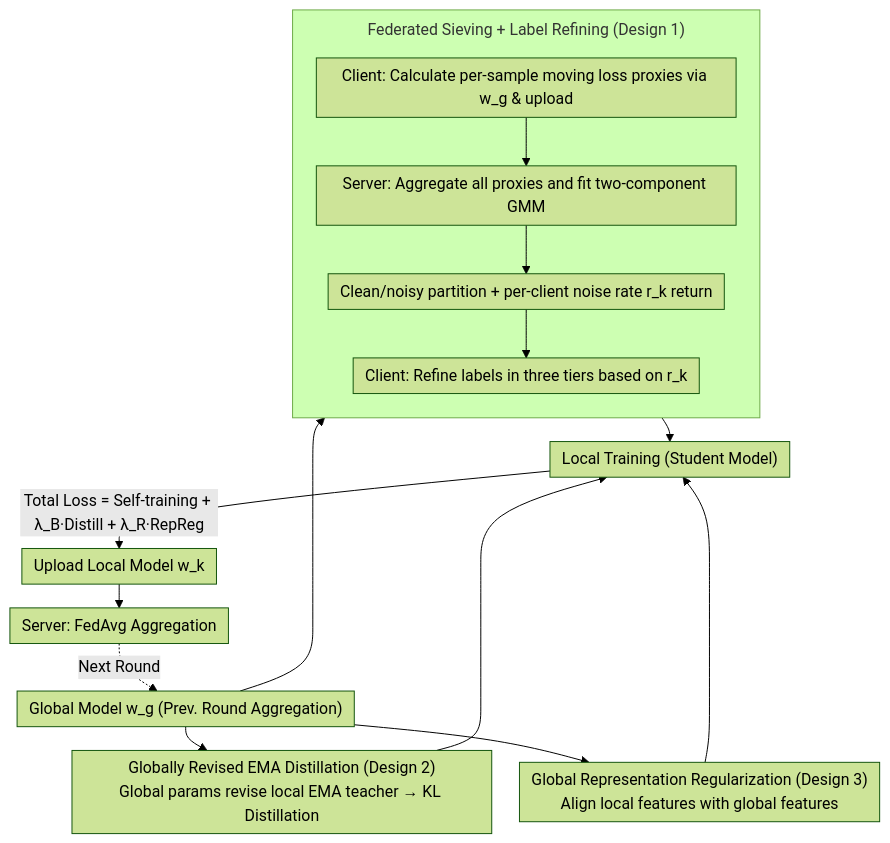
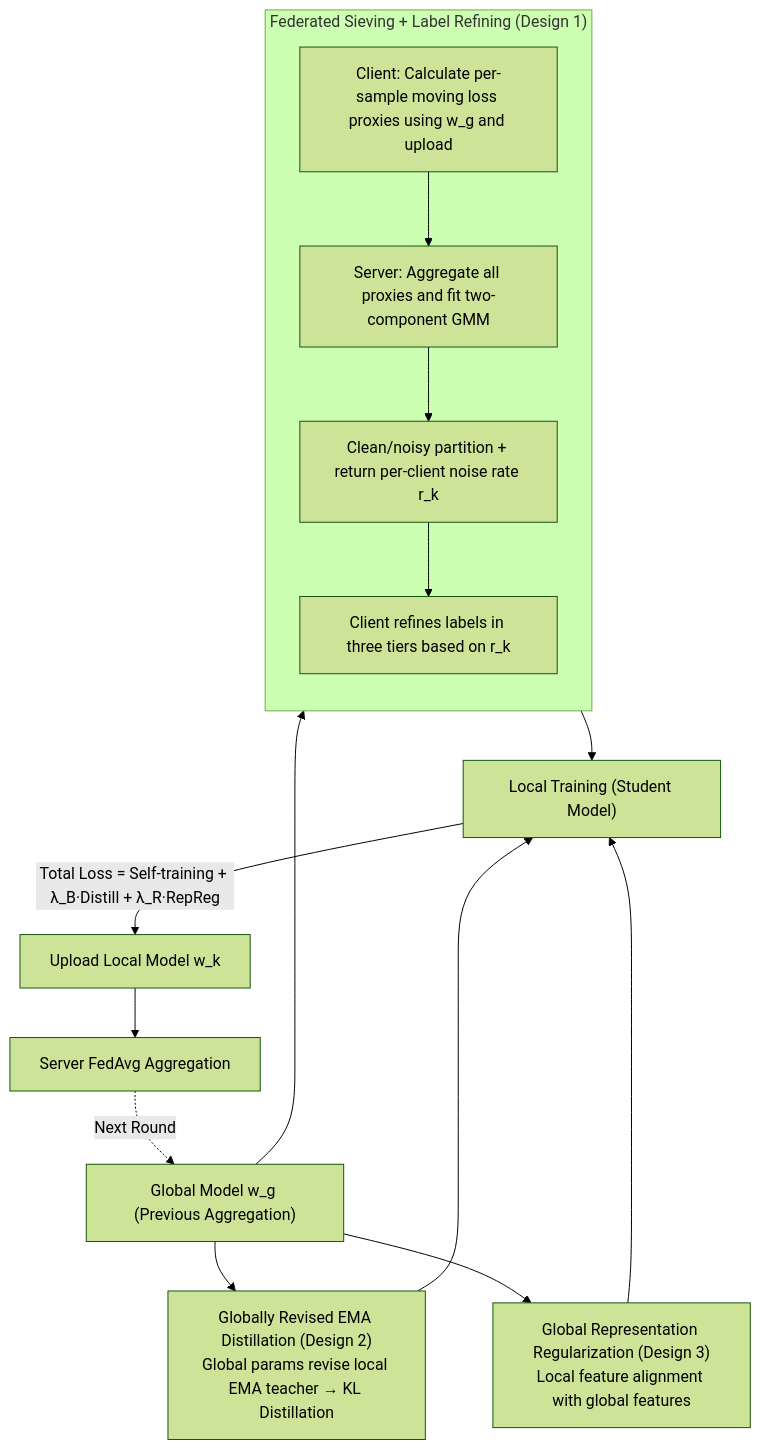
One commit to zhaoyang97/Paper-Notes-en changed the diagram in docs/ICML2026/optimization/learning_locally_revising_globally_global_reviser_for_federated_learning_with_no.md. Above: the diagram before and after it, drawn with Mermaid (forest theme). The commit also changed other lines of this file and 5084 other files, not shown here.

````diff
--- a/docs/ICML2026/optimization/learning_locally_revising_globally_global_reviser_for_federated_learning_with_no.md
+++ b/docs/ICML2026/optimization/learning_locally_revising_globally_global_reviser_for_federated_learning_with_no.md
@@ -42,20 +42,19 @@
 ```mermaid
-%%{init: {'flowchart': {'rankSpacing': 24, 'nodeSpacing': 28, 'padding': 6, 'wrappingWidth': 400, 'subGraphTitleMargin': {'top': 8, 'bottom': 16}}}}%%
 flowchart TD
-    G["Global Model w_g (Prev. Round Aggregation)"]
+    G["Global Model w_g (Previous Aggregation)"]
     subgraph FSLR["Federated Sieving + Label Refining (Design 1)"]
         direction TB
-        A["Client: Calculate per-sample moving loss proxies via w_g & upload"] --> B["Server: Aggregate all proxies and fit two-component GMM"]
-        B --> C["Clean/noisy partition + per-client noise rate r_k return"]
-        C --> D["Client: Refine labels in three tiers based on r_k"]
+        A["Client: Calculate per-sample moving loss proxies using w_g and upload"] --> B["Server: Aggregate all proxies and fit two-component GMM"]
+        B --> C["Clean/noisy partition + return per-client noise rate r_k"]
+        C --> D["Client refines labels in three tiers based on r_k"]
     end
     G --> A
     D --> E["Local Training (Student Model)"]
     G --> F1["Globally Revised EMA Distillation (Design 2)<br/>Global params revise local EMA teacher → KL Distillation"]
-    G --> F2["Global Representation Regularization (Design 3)<br/>Align local features with global features"]
+    G --> F2["Global Representation Regularization (Design 3)<br/>Local feature alignment with global features"]
     F1 --> E
     F2 --> E
     E -->|"Total Loss = Self-training + λ_B·Distill + λ_R·RepReg"| H["Upload Local Model w_k"]
-    H --> I["Server: FedAvg Aggregation"]
+    H --> I["Server FedAvg Aggregation"]
     I -.Next Round.-> G
 ```
````
